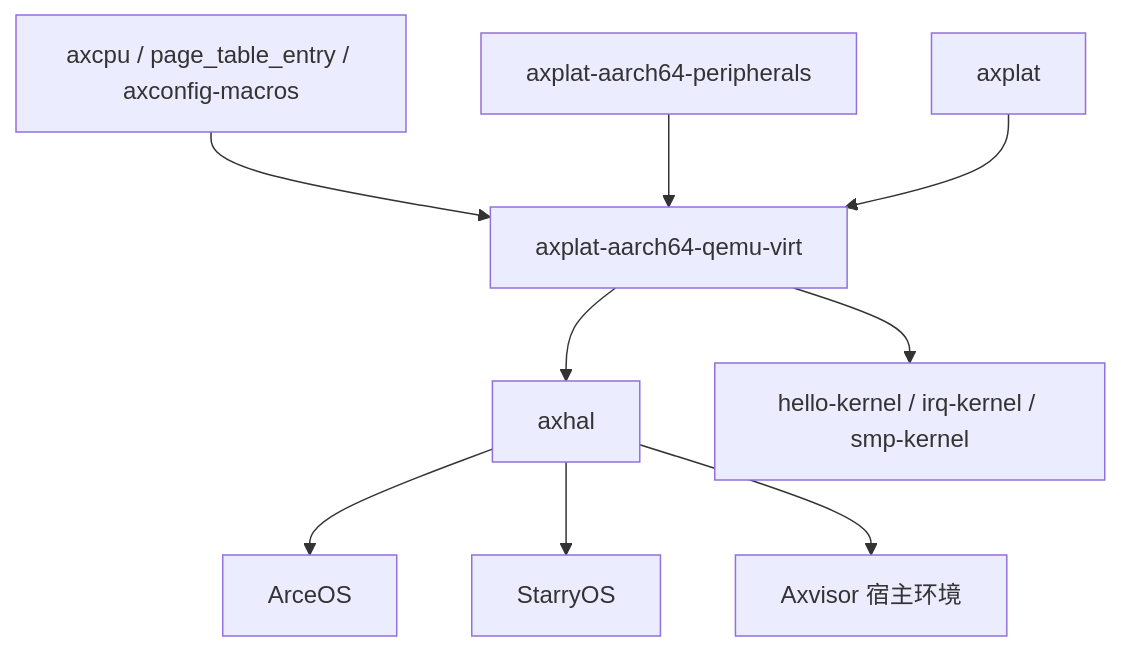
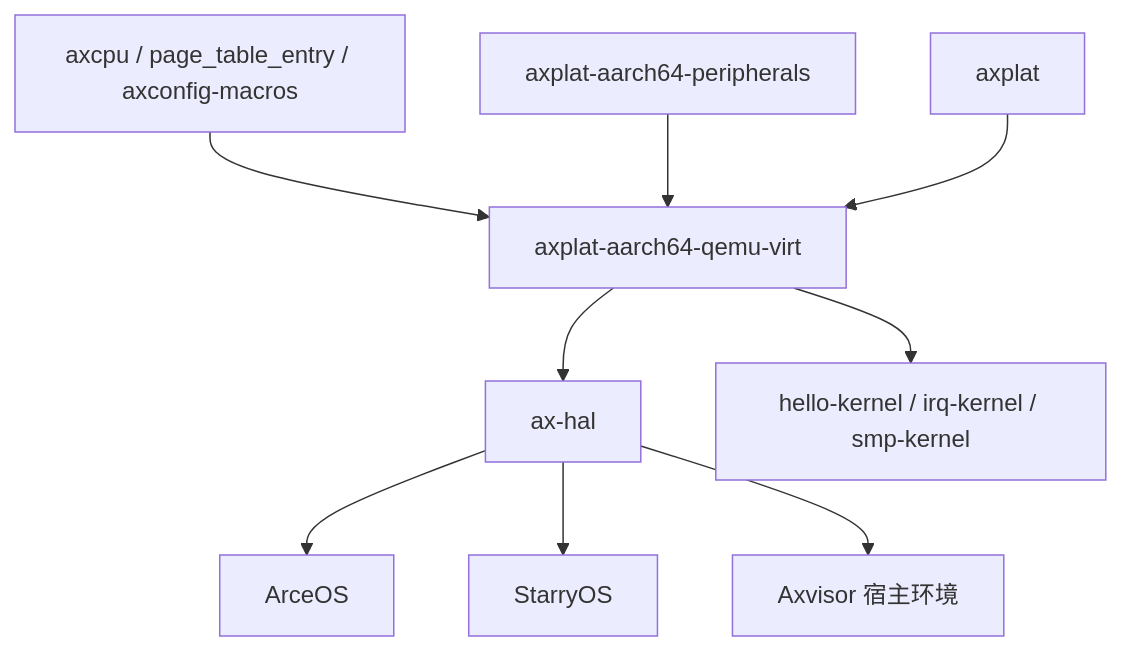
One commit to zKurisu/tgoskits changed the second of 2 diagrams in docs/crates/axplat-aarch64-qemu-virt.md. Above: the diagram before and after it, drawn with Mermaid. The commit also changed other lines of this file and 158 other files, not shown here.

Commit message:
rename axhal to ax-hal

````diff
--- a/docs/crates/axplat-aarch64-qemu-virt.md
+++ b/docs/crates/axplat-aarch64-qemu-virt.md
@@ -216,11 +216,11 @@
 ```mermaid
 graph TD
     A[axcpu / page_table_entry / axconfig-macros] --> B[axplat-aarch64-qemu-virt]
     C[axplat-aarch64-peripherals] --> B
     D[axplat] --> B
-    B --> E[axhal]
+    B --> E[ax-hal]
     B --> F[hello-kernel / irq-kernel / smp-kernel]
     E --> G[ArceOS]
     E --> H[StarryOS]
     E --> I[Axvisor 宿主环境]
 ```
````
